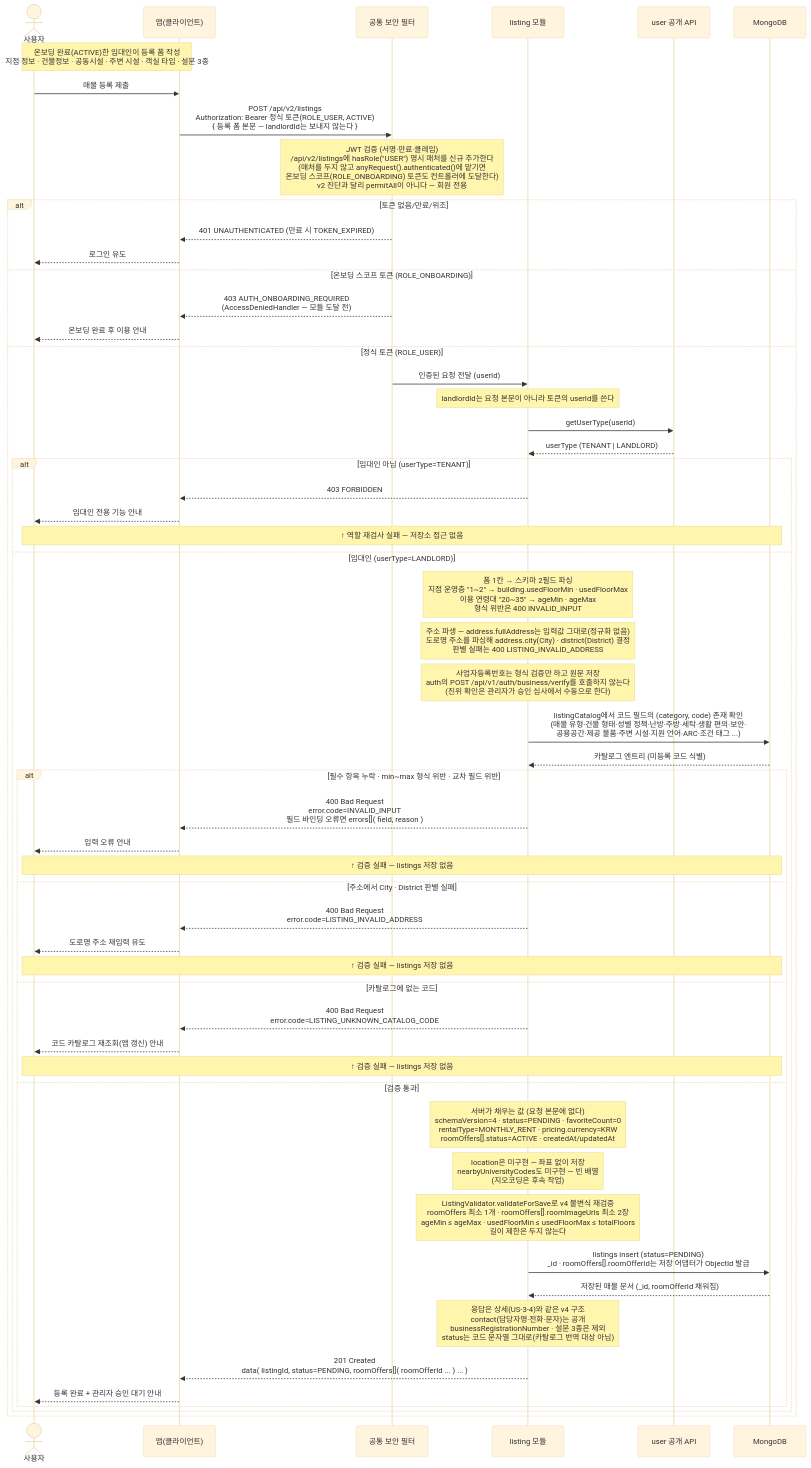
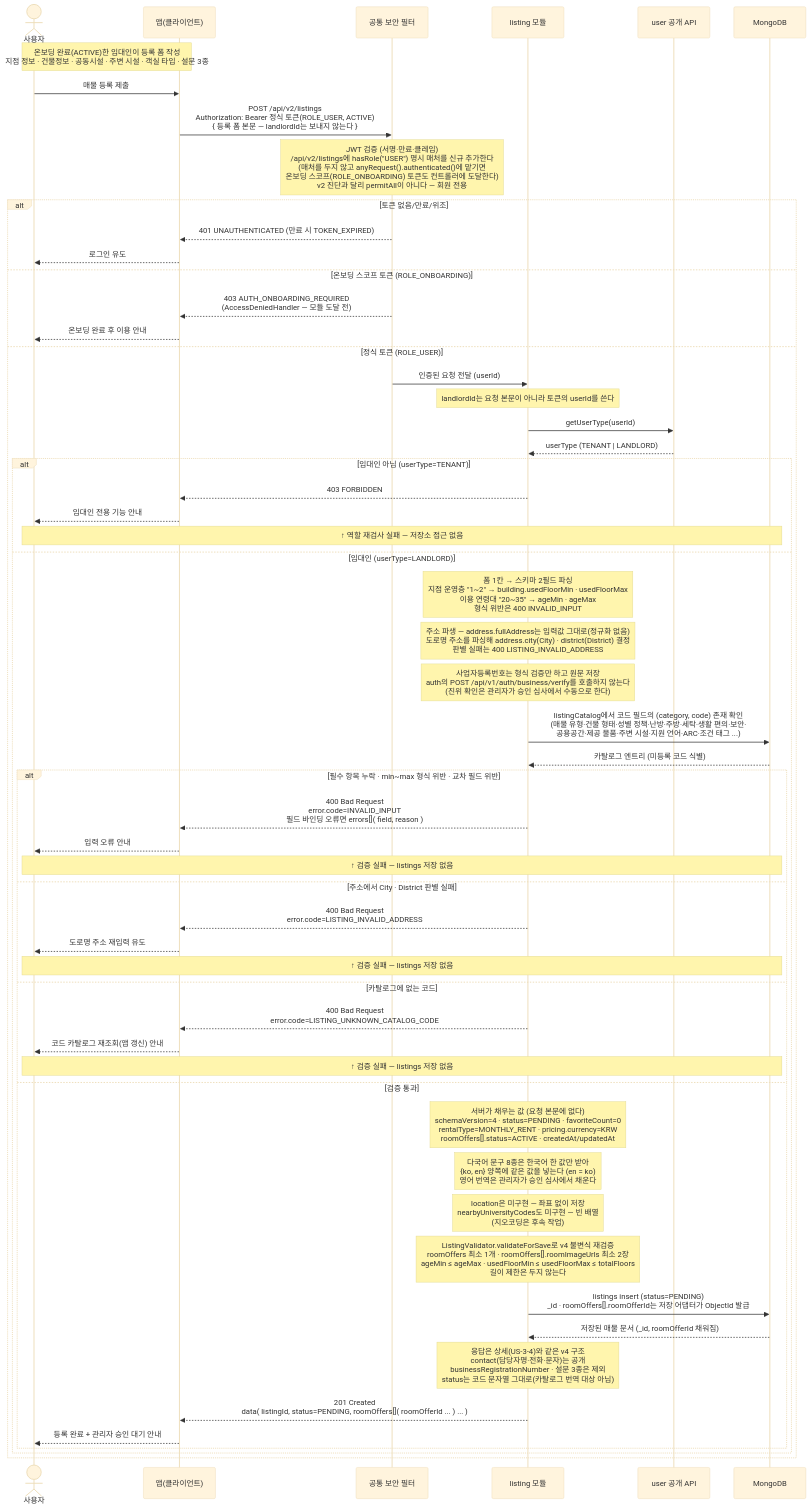
The diagram in docs/architecture/sequence-diagrams/03-listings-favorites/us-3-6-listing-registration.md (jameskim9509/Kohere-backend), drawn with Mermaid (base theme) before and after one commit. The commit also changed other lines of this file and 1 other file, not shown here.

Commit message:
docs(listing): 매물 등록 요청의 다국어 수집 방식 확정
등록 폼이 자유 텍스트를 한국어 1칸으로만 받는데 저장 계약
(LocalizedText)은 ko·en 둘 다 요구해 설계 공백이 있었다.

한국어 한 값만 받고 서버가 en에 같은 값을 복사한다(en = ko). 대상 8종은
title·address.fullAddress·address.detail·nearestTransit.name·description·
extraNotes·refundPolicy·roomOffers[].name이다. 영어 번역은 관리자가 승인
심사에서 채운다 — 등록 직후는 PENDING이라 세입자 조회에 노출되지 않으므로
번역 없이 승인하지 않는 한 외국인 화면에 한국어가 나가지 않는다.

요청 예시와 필드 표를 {ko,en} 객체에서 문자열로 바꾸고, 요청 주의사항과
시퀀스 다이어그램에 복사 규칙을 명시한다.

Refs: #220

````diff
--- a/docs/architecture/sequence-diagrams/03-listings-favorites/us-3-6-listing-registration.md
+++ b/docs/architecture/sequence-diagrams/03-listings-favorites/us-3-6-listing-registration.md
@@ -7,62 +7,63 @@
 ```mermaid
 sequenceDiagram
     actor U as 사용자
     participant C as 앱(클라이언트)
     participant SEC as 공통 보안 필터
     participant LIST as listing 모듈
     participant USER as user 공개 API
     participant DB as MongoDB
 
     Note over U,C: 온보딩 완료(ACTIVE)한 임대인이 등록 폼 작성<br/>지점 정보 · 건물정보 · 공동시설 · 주변 시설 · 객실 타입 · 설문 3종
     U->>C: 매물 등록 제출
     C->>SEC: POST /api/v2/listings<br/>Authorization: Bearer 정식 토큰(ROLE_USER, ACTIVE)<br/>{ 등록 폼 본문 — landlordId는 보내지 않는다 }
     Note over SEC: JWT 검증 (서명·만료·클레임)<br/>/api/v2/listings에 hasRole("USER") 명시 매처를 신규 추가한다<br/>(매처를 두지 않고 anyRequest().authenticated()에 맡기면<br/>온보딩 스코프(ROLE_ONBOARDING) 토큰도 컨트롤러에 도달한다)<br/>v2 진단과 달리 permitAll이 아니다 — 회원 전용
 
     alt 토큰 없음/만료/위조
         SEC-->>C: 401 UNAUTHENTICATED (만료 시 TOKEN_EXPIRED)
         C-->>U: 로그인 유도
     else 온보딩 스코프 토큰 (ROLE_ONBOARDING)
         SEC-->>C: 403 AUTH_ONBOARDING_REQUIRED<br/>(AccessDeniedHandler — 모듈 도달 전)
         C-->>U: 온보딩 완료 후 이용 안내
     else 정식 토큰 (ROLE_USER)
         SEC->>LIST: 인증된 요청 전달 (userId)
         Note over LIST: landlordId는 요청 본문이 아니라 토큰의 userId를 쓴다
         LIST->>USER: getUserType(userId)
         USER-->>LIST: userType (TENANT | LANDLORD)
 
         alt 임대인 아님 (userType=TENANT)
             LIST-->>C: 403 FORBIDDEN
             C-->>U: 임대인 전용 기능 안내
             Note over U,DB: ↑ 역할 재검사 실패 — 저장소 접근 없음
         else 임대인 (userType=LANDLORD)
             Note over LIST: 폼 1칸 → 스키마 2필드 파싱<br/>지점 운영층 "1~2" → building.usedFloorMin · usedFloorMax<br/>이용 연령대 "20~35" → ageMin · ageMax<br/>형식 위반은 400 INVALID_INPUT
             Note over LIST: 주소 파생 — address.fullAddress는 입력값 그대로(정규화 없음)<br/>도로명 주소를 파싱해 address.city(City) · district(District) 결정<br/>판별 실패는 400 LISTING_INVALID_ADDRESS
             Note over LIST: 사업자등록번호는 형식 검증만 하고 원문 저장<br/>auth의 POST /api/v1/auth/business/verify를 호출하지 않는다<br/>(진위 확인은 관리자가 승인 심사에서 수동으로 한다)
             LIST->>DB: listingCatalog에서 코드 필드의 (category, code) 존재 확인<br/>(매물 유형·건물 형태·성별 정책·난방·주방·세탁·생활 편의·보안·<br/>공용공간·제공 물품·주변 시설·지원 언어·ARC·조건 태그 ...)
             DB-->>LIST: 카탈로그 엔트리 (미등록 코드 식별)
 
             alt 필수 항목 누락 · min~max 형식 위반 · 교차 필드 위반
                 LIST-->>C: 400 Bad Request<br/>error.code=INVALID_INPUT<br/>필드 바인딩 오류면 errors[]( field, reason )
                 C-->>U: 입력 오류 안내
                 Note over U,DB: ↑ 검증 실패 — listings 저장 없음
             else 주소에서 City · District 판별 실패
                 LIST-->>C: 400 Bad Request<br/>error.code=LISTING_INVALID_ADDRESS
                 C-->>U: 도로명 주소 재입력 유도
                 Note over U,DB: ↑ 검증 실패 — listings 저장 없음
             else 카탈로그에 없는 코드
                 LIST-->>C: 400 Bad Request<br/>error.code=LISTING_UNKNOWN_CATALOG_CODE
                 C-->>U: 코드 카탈로그 재조회(앱 갱신) 안내
                 Note over U,DB: ↑ 검증 실패 — listings 저장 없음
             else 검증 통과
                 Note over LIST: 서버가 채우는 값 (요청 본문에 없다)<br/>schemaVersion=4 · status=PENDING · favoriteCount=0<br/>rentalType=MONTHLY_RENT · pricing.currency=KRW<br/>roomOffers[].status=ACTIVE · createdAt/updatedAt
+                Note over LIST: 다국어 문구 8종은 한국어 한 값만 받아<br/>{ko, en} 양쪽에 같은 값을 넣는다 (en = ko)<br/>영어 번역은 관리자가 승인 심사에서 채운다
                 Note over LIST: location은 미구현 — 좌표 없이 저장<br/>nearbyUniversityCodes도 미구현 — 빈 배열<br/>(지오코딩은 후속 작업)
                 Note over LIST: ListingValidator.validateForSave로 v4 불변식 재검증<br/>roomOffers 최소 1개 · roomOffers[].roomImageUrls 최소 2장<br/>ageMin ≤ ageMax · usedFloorMin ≤ usedFloorMax ≤ totalFloors<br/>길이 제한은 두지 않는다
                 LIST->>DB: listings insert (status=PENDING)<br/>_id · roomOffers[].roomOfferId는 저장 어댑터가 ObjectId 발급
                 DB-->>LIST: 저장된 매물 문서 (_id, roomOfferId 채워짐)
                 Note over LIST: 응답은 상세(US-3-4)와 같은 v4 구조<br/>contact(담당자명·전화·문자)는 공개<br/>businessRegistrationNumber · 설문 3종은 제외<br/>status는 코드 문자열 그대로(카탈로그 번역 대상 아님)
                 LIST-->>C: 201 Created<br/>data( listingId, status=PENDING, roomOffers[]( roomOfferId ... ) ... )
                 C-->>U: 등록 완료 + 관리자 승인 대기 안내
             end
         end
     end
 ```
````
